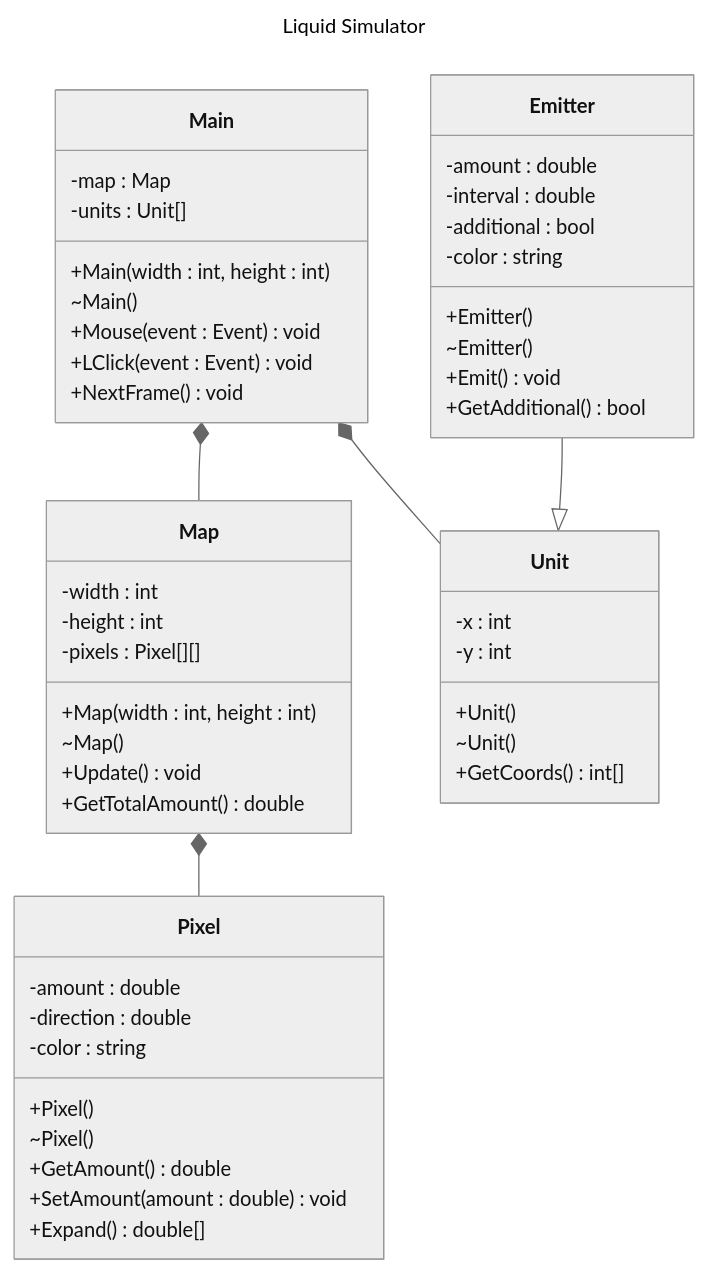
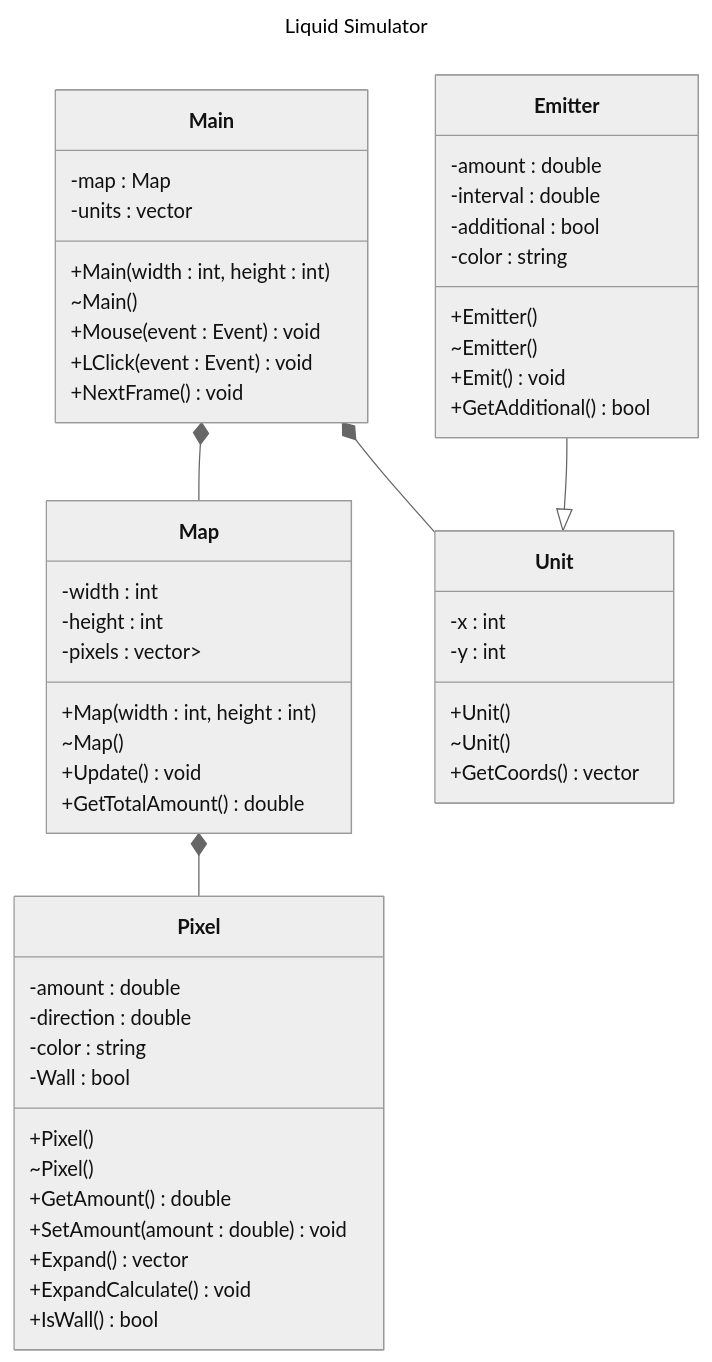
The diagram in README.md (LogicLoic/Liquid-Simulator), drawn with Mermaid (neutral theme) before and after one commit. The commit also changed 5 other files, not shown here.

````diff
--- a/README.md
+++ b/README.md
@@ -3,66 +3,69 @@
 ```mermaid
 ---
 title: Liquid Simulator
 ---
 classDiagram
     class Main{
         -map : Map
-        -units : Unit[]
+        -units : vector<Unit>
 
         +Main(width : int, height : int)
         ~Main()
         +Mouse(event : Event) void
         +LClick(event : Event) void
         +NextFrame() void
     }
 
     class Map{
         -width : int
         -height : int
-        -pixels : Pixel[][]
+        -pixels : vector<vector<Pixel>>
         
         +Map(width : int, height : int)
         ~Map()
         +Update() void
         +GetTotalAmount() double
     }
 
     class Pixel{
         -amount : double
         -direction : double
         -color : string
+        -Wall : bool
 
         +Pixel()
         ~Pixel()
         +GetAmount() double
         +SetAmount(amount : double) void
-        +Expand() double[]
+        +Expand() vector<double>
+        +ExpandCalculate() void
+        +IsWall() bool
     }
 
     class Unit{
         -x : int
         -y : int
 
         +Unit()
         ~Unit()
-        +GetCoords() int[]
+        +GetCoords() vector<int>
     }
 
     class Emitter{
         -amount : double
         -interval : double
         -additional : bool
         -color : string
 
         +Emitter()
         ~Emitter()
         +Emit() void
         +GetAdditional() bool
     }
 
     Main *-- Map
     Main *-- Unit
     Map *-- Pixel
     Emitter --|> Unit
 
 ```
````
